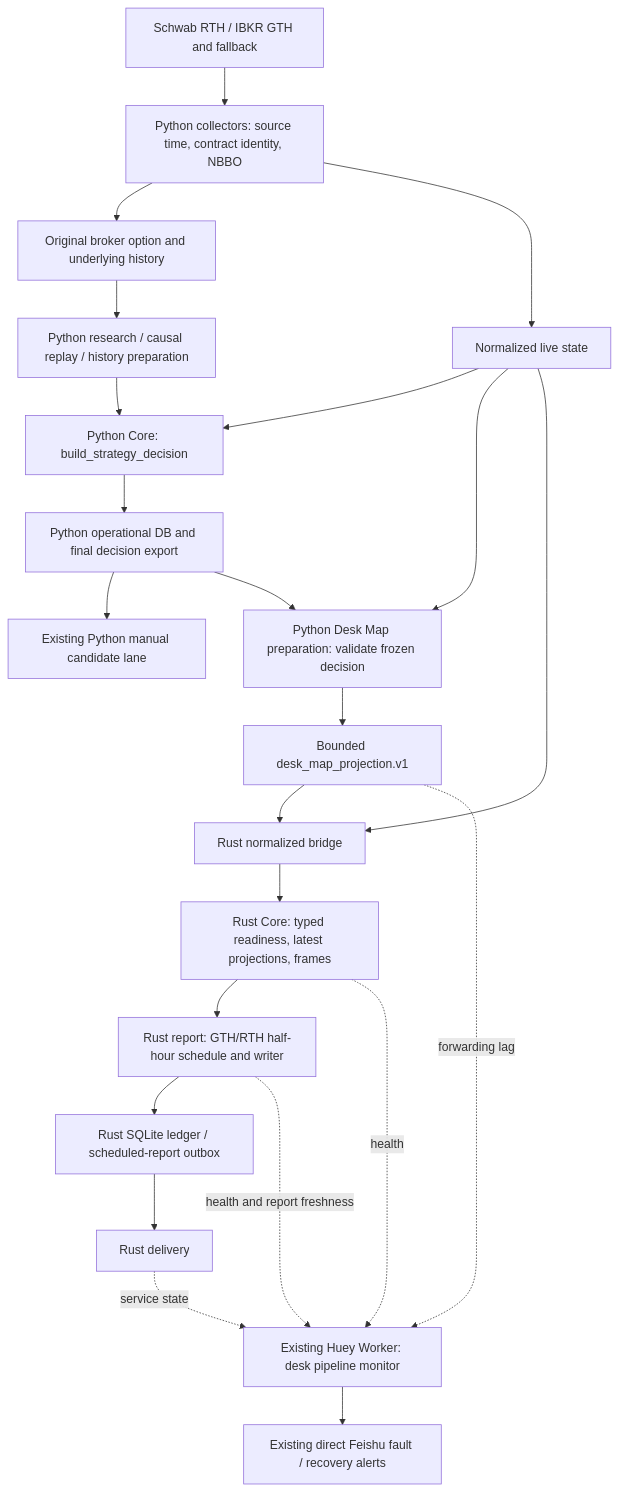
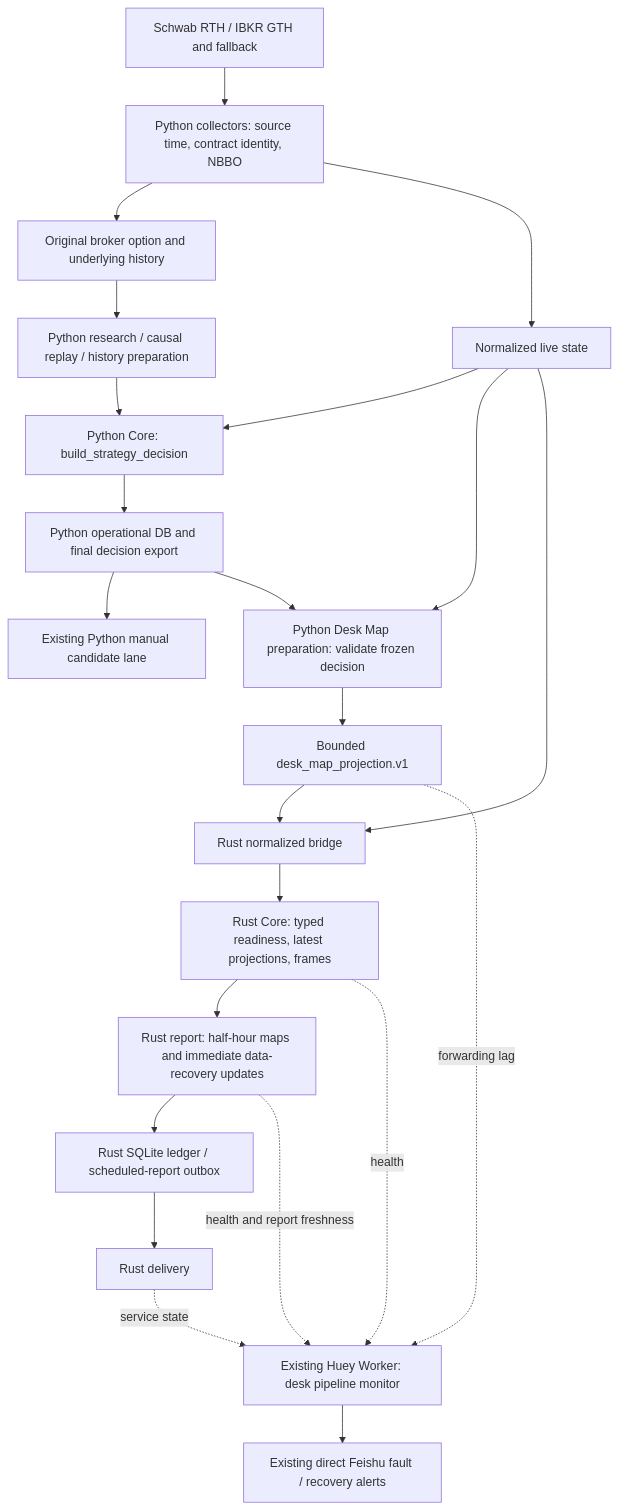
The diagram in README.md (hzy-hits/SpxOpDaily), drawn with Mermaid before and after one commit. The commit also changed other lines of this file and 11 other files, not shown here.

Commit message:
Refresh and deliver current desk maps when broker data recovers

````diff
--- a/README.md
+++ b/README.md
@@ -36,25 +36,25 @@
 ```mermaid
 flowchart TD
     Brokers["Schwab RTH / IBKR GTH and fallback"] --> Collectors["Python collectors: source time, contract identity, NBBO"]
     Collectors --> Raw["Original broker option and underlying history"]
     Collectors --> Live["Normalized live state"]
     Raw --> Research["Python research / causal replay / history preparation"]
     Live --> Strategy["Python Core: build_strategy_decision"]
     Research --> Strategy
     Strategy --> Decisions["Python operational DB and final decision export"]
     Decisions --> Candidates["Existing Python manual candidate lane"]
     Decisions --> Desk["Python Desk Map preparation: validate frozen decision"]
     Live --> Desk
     Desk --> Projection["Bounded desk_map_projection.v1"]
     Live --> Bridge["Rust normalized bridge"]
     Projection --> Bridge
     Bridge --> Core["Rust Core: typed readiness, latest projections, frames"]
-    Core --> Report["Rust report: GTH/RTH half-hour schedule and writer"]
+    Core --> Report["Rust report: half-hour maps and immediate data-recovery updates"]
     Report --> Ledger["Rust SQLite ledger / scheduled-report outbox"]
     Ledger --> Delivery["Rust delivery"]
     Core -. health .-> Monitor["Existing Huey Worker: desk pipeline monitor"]
     Report -. health and report freshness .-> Monitor
     Projection -. forwarding lag .-> Monitor
     Delivery -. service state .-> Monitor
     Monitor --> Feishu["Existing direct Feishu fault / recovery alerts"]
 ```
````
